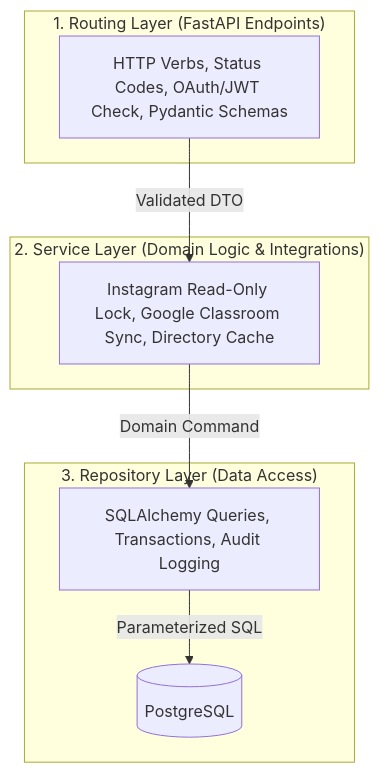
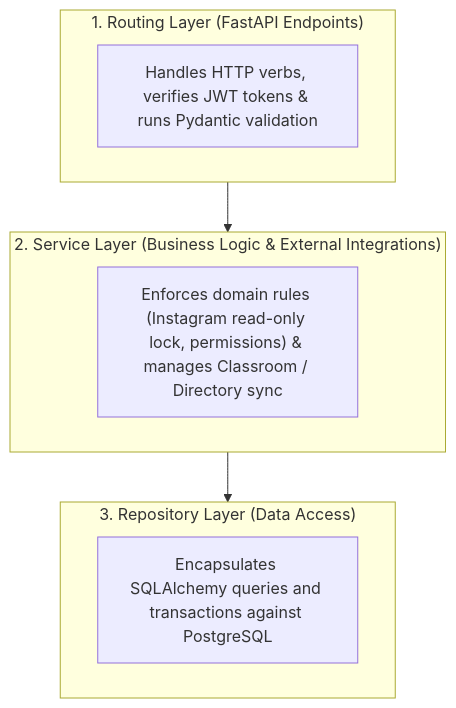
The second of 2 diagrams in content/posts/upa-campus-app-architecture-part-5/index.en.md (Pascal-Thommen/pascal-thommen.github.io), drawn with Mermaid before and after one commit. The commit also changed other lines of this file and 25 other files, not shown here.

````diff
--- a/content/posts/upa-campus-app-architecture-part-5/index.en.md
+++ b/content/posts/upa-campus-app-architecture-part-5/index.en.md
@@ -112,17 +89,13 @@
 ```mermaid
 flowchart TD
-    subgraph PresentationLayer["1. Routing Layer (FastAPI Endpoints)"]
-        Router["HTTP Verbs, Status Codes, OAuth/JWT Check, Pydantic Schemas"]
+    subgraph Layer1["1. Routing Layer (FastAPI Endpoints)"]
+        R["Handles HTTP verbs, verifies JWT tokens & runs Pydantic validation"]
     end
-    subgraph BusinessLayer["2. Service Layer (Domain Logic & Integrations)"]
-        Service["Instagram Read-Only Lock, Google Classroom Sync, Directory Cache"]
+    subgraph Layer2["2. Service Layer (Business Logic & External Integrations)"]
+        S["Enforces domain rules (Instagram read-only lock, permissions) & manages Classroom / Directory sync"]
     end
-    subgraph PersistenceLayer["3. Repository Layer (Data Access)"]
-        Repo["SQLAlchemy Queries, Transactions, Audit Logging"]
-        DB[(PostgreSQL)]
+    subgraph Layer3["3. Repository Layer (Data Access)"]
+        D["Encapsulates SQLAlchemy queries and transactions against PostgreSQL"]
     end
-
-    Router -->|Validated DTO| Service
-    Service -->|Domain Command| Repo
-    Repo -->|Parameterized SQL| DB
+    Layer1 --> Layer2 --> Layer3
 ```
````
